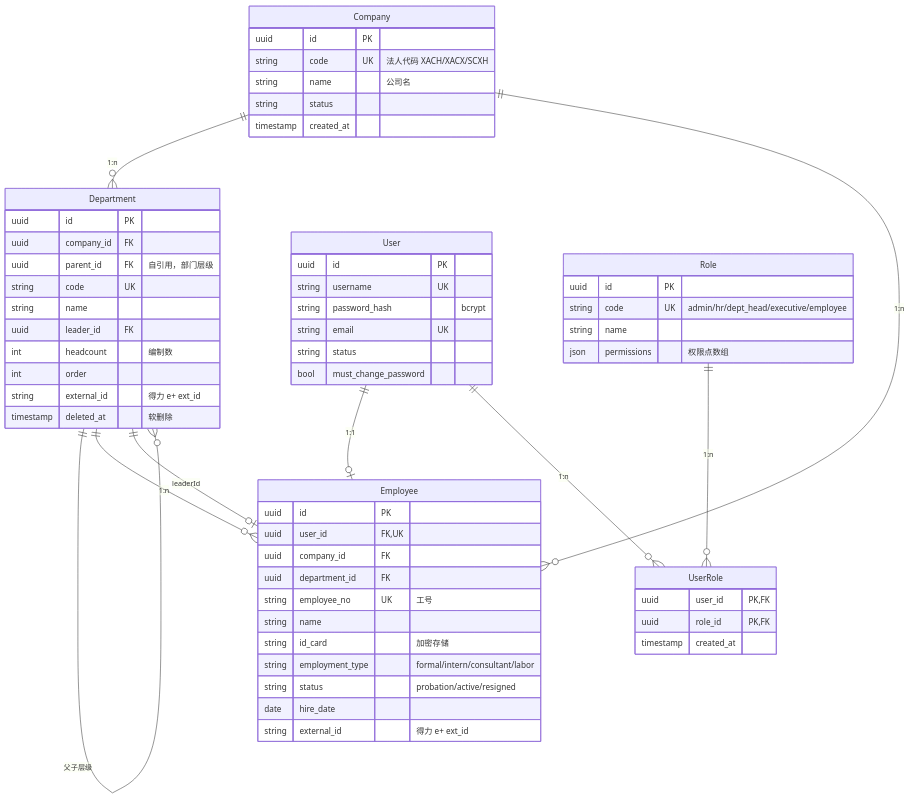
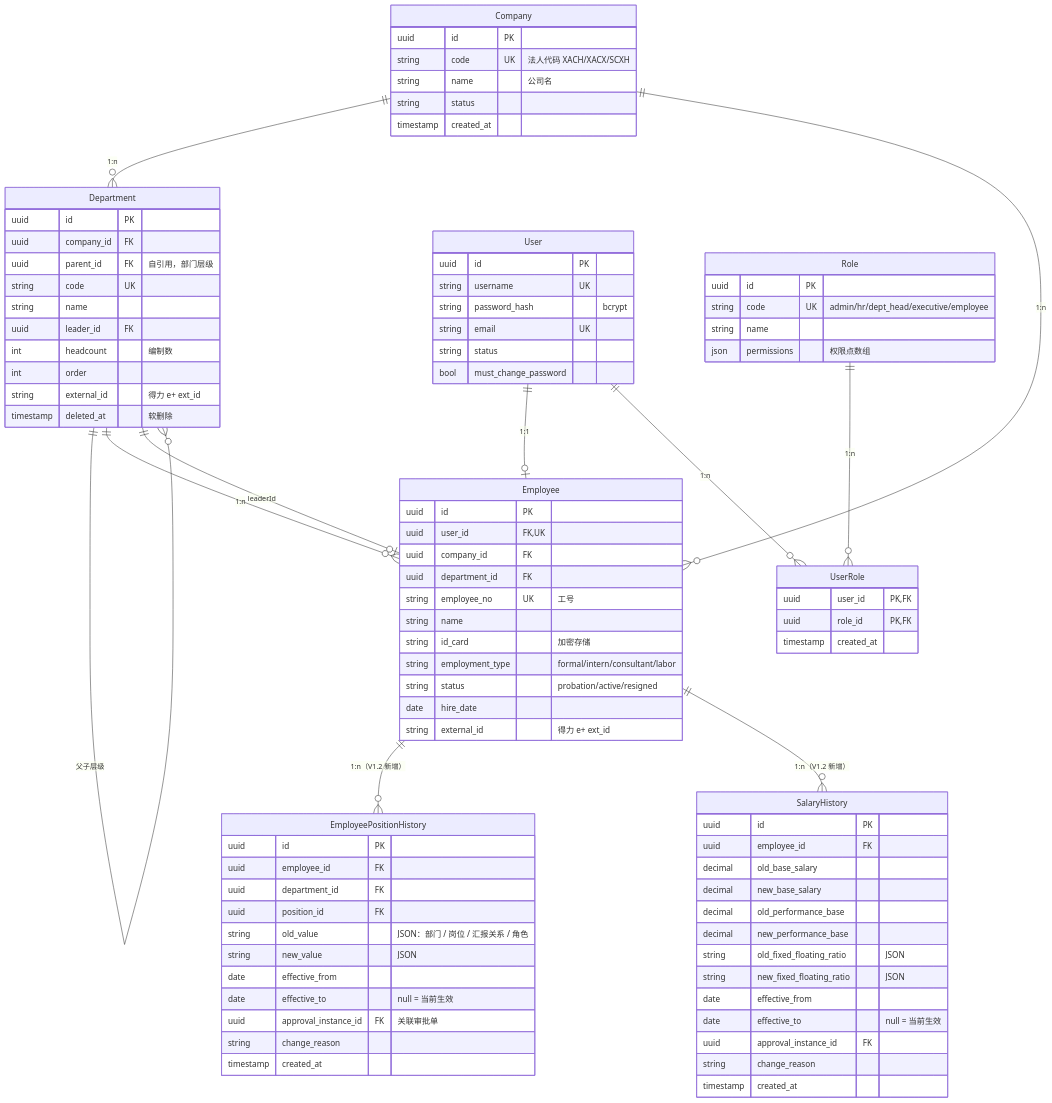
One commit to fmmf3537/hrms changed the ninth of 10 diagrams in docs/flow-diagrams.md. Above: the diagram before and after it, drawn with Mermaid. The commit also changed 8 other files, not shown here.

````diff
--- a/docs/flow-diagrams.md
+++ b/docs/flow-diagrams.md
@@ -341,6 +341,8 @@
     User ||--o| Employee : "1:1"
     User ||--o{ UserRole : "1:n"
     Role ||--o{ UserRole : "1:n"
+    Employee ||--o{ EmployeePositionHistory : "1:n（V1.2 新增）"
+    Employee ||--o{ SalaryHistory : "1:n（V1.2 新增）"
 
     Company {
         uuid id PK
@@ -398,4 +400,34 @@
         uuid role_id PK,FK
         timestamp created_at
     }
+
+    EmployeePositionHistory {
+        uuid id PK
+        uuid employee_id FK
+        uuid department_id FK
+        uuid position_id FK
+        string old_value "JSON：部门 / 岗位 / 汇报关系 / 角色"
+        string new_value "JSON"
+        date effective_from
+        date effective_to "null = 当前生效"
+        uuid approval_instance_id FK "关联审批单"
+        string change_reason
+        timestamp created_at
+    }
+
+    SalaryHistory {
+        uuid id PK
+        uuid employee_id FK
+        decimal old_base_salary
+        decimal new_base_salary
+        decimal old_performance_base
+        decimal new_performance_base
+        string old_fixed_floating_ratio "JSON"
+        string new_fixed_floating_ratio "JSON"
+        date effective_from
+        date effective_to "null = 当前生效"
+        uuid approval_instance_id FK
+        string change_reason
+        timestamp created_at
+    }
 ```
````
